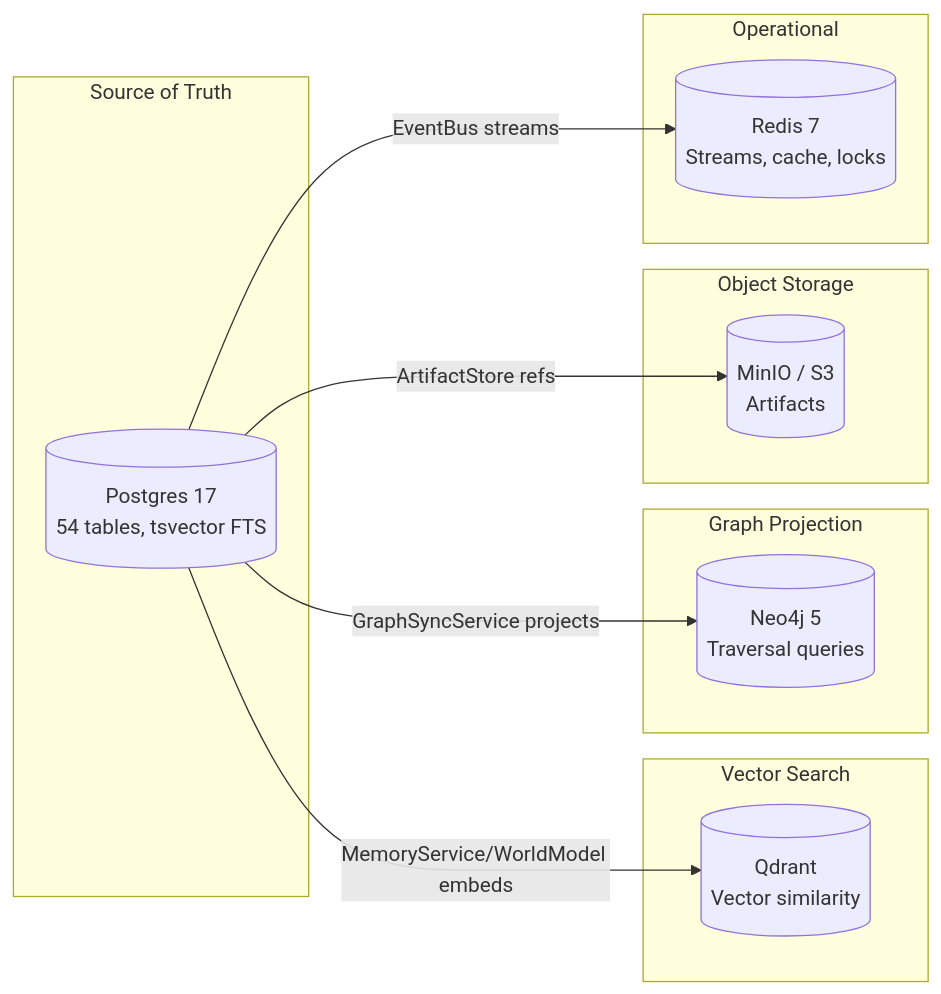
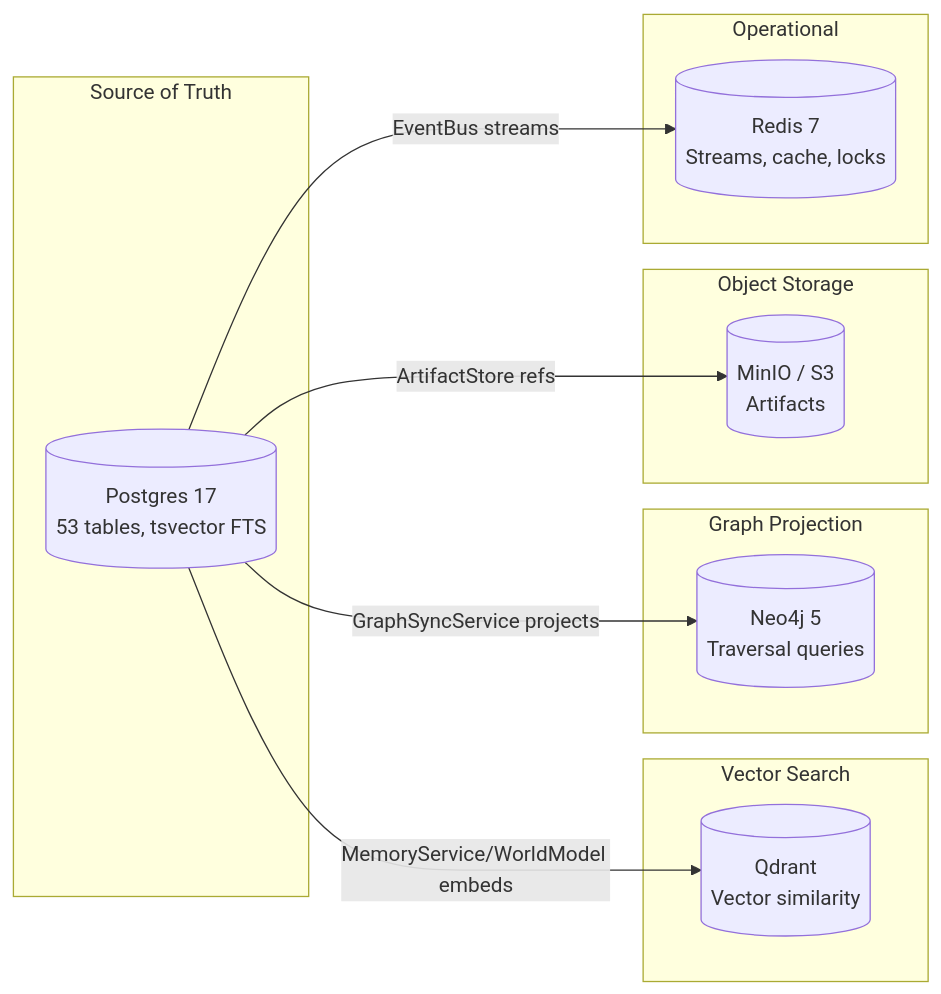
The second of 2 diagrams in docs/architecture/data-model.md (shivadharmi/muldro), drawn with Mermaid before and after one commit. The commit also changed other lines of this file and 6 other files, not shown here.

````diff
--- a/docs/architecture/data-model.md
+++ b/docs/architecture/data-model.md
@@ -274,27 +275,27 @@
 ```mermaid
 graph LR
     subgraph "Source of Truth"
-        PG[(Postgres 17<br/>54 tables, tsvector FTS)]
+        PG[(Postgres 17<br/>53 tables, tsvector FTS)]
     end
 
     subgraph "Vector Search"
         QD[(Qdrant<br/>Vector similarity)]
     end
 
     subgraph "Graph Projection"
         N4J[(Neo4j 5<br/>Traversal queries)]
     end
 
     subgraph "Object Storage"
         S3[(MinIO / S3<br/>Artifacts)]
     end
 
     subgraph "Operational"
         RD[(Redis 7<br/>Streams, cache, locks)]
     end
 
     PG -->|MemoryService/WorldModel embeds| QD
     PG -->|GraphSyncService projects| N4J
     PG -->|ArtifactStore refs| S3
     PG -->|EventBus streams| RD
 ```
````
